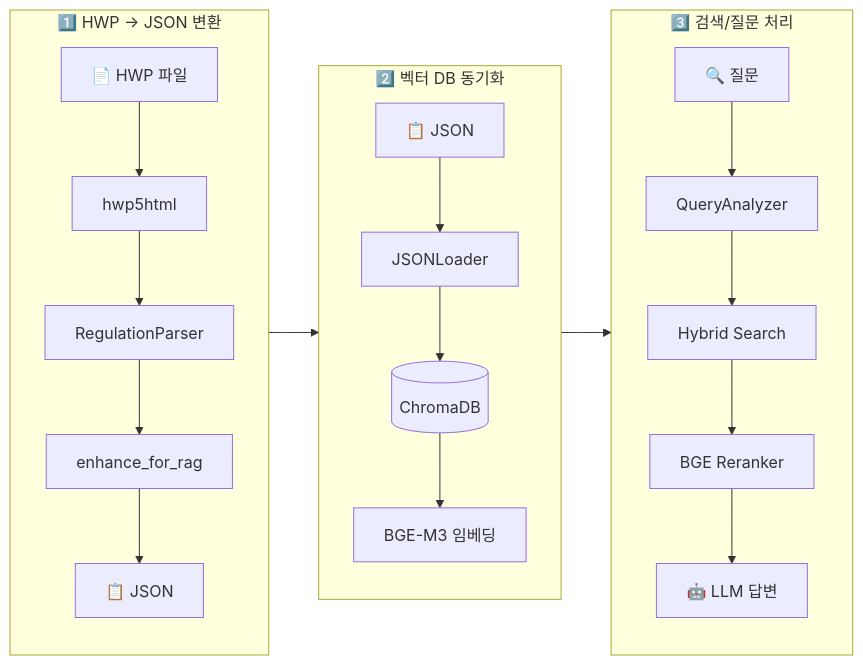
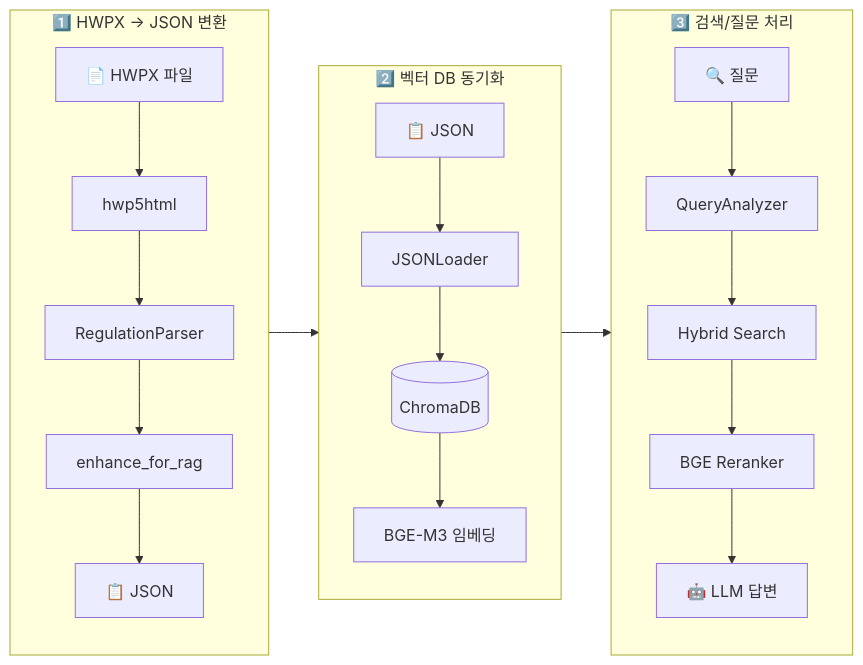
The second of 3 diagrams in README.md (seo-jinseok/regulation_manager), drawn with Mermaid before and after one commit. The commit also changed other lines of this file and 711 other files, not shown here.

````diff
--- a/README.md
+++ b/README.md
@@ -416,27 +416,27 @@
 ```mermaid
 flowchart LR
-    subgraph CONVERT ["1️⃣ HWP → JSON 변환"]
+    subgraph CONVERT ["1️⃣ HWPX → JSON 변환"]
         direction TB
-        HWP["📄 HWP 파일"] --> hwp5html["hwp5html"]
+        HWP["📄 HWPX 파일"] --> hwp5html["hwp5html"]
         hwp5html --> Parser["RegulationParser"]
         Parser --> Enhance["enhance_for_rag"]
         Enhance --> JSON["📋 JSON"]
     end
 
     subgraph SYNC ["2️⃣ 벡터 DB 동기화"]
         direction TB
         JSON2["📋 JSON"] --> Loader["JSONLoader"]
         Loader --> Chroma[("ChromaDB")]
         Chroma --> Embed["BGE-M3 임베딩"]
     end
 
     subgraph ASK ["3️⃣ 검색/질문 처리"]
         direction TB
         Query["🔍 질문"] --> Analyzer["QueryAnalyzer"]
         Analyzer --> Search["Hybrid Search"]
         Search --> Reranker["BGE Reranker"]
         Reranker --> LLM["🤖 LLM 답변"]
     end
 
     CONVERT --> SYNC --> ASK
 ```
````
